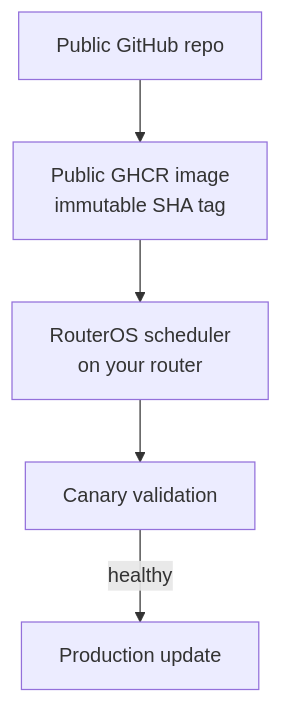
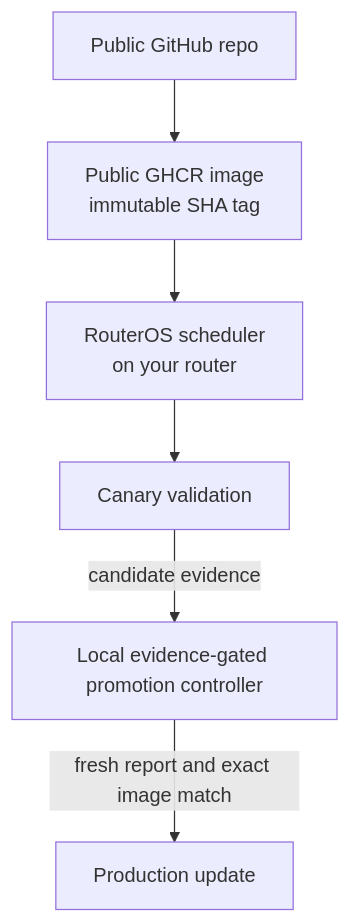
The diagram in README.md (aivanov2-godaddy/mikrotik-openvpn-gui), drawn with Mermaid before and after one commit. The commit also changed other lines of this file and 12 other files, not shown here.

````diff
--- a/README.md
+++ b/README.md
@@ -86,7 +88,8 @@
 ```mermaid
 flowchart TB
     Repo[Public GitHub repo] --> Image[Public GHCR image\nimmutable SHA tag]
     Image --> Scheduler[RouterOS scheduler\non your router]
     Scheduler --> Canary[Canary validation]
-    Canary -->|healthy| Production[Production update]
+    Canary -->|candidate evidence| Gate[Local evidence-gated promotion controller]
+    Gate -->|fresh report and exact image match| Production[Production update]
 ```
````
